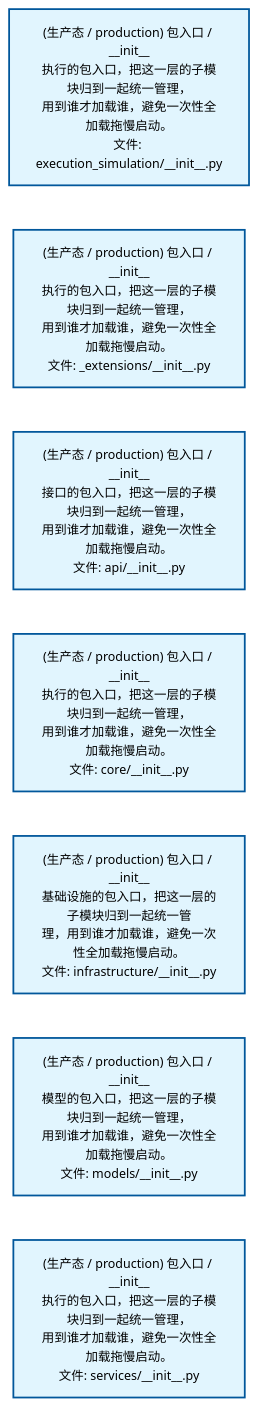
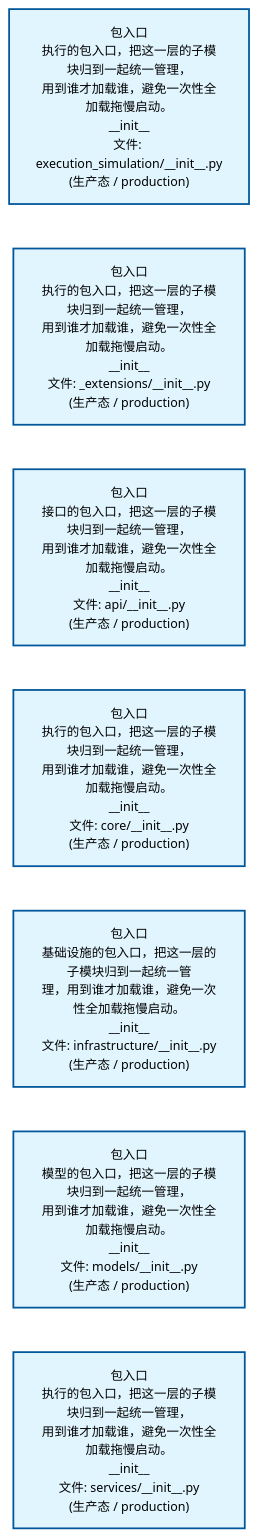
The first of 2 diagrams in docs/02_enterprise_architecture/02_domain_architecture_docs/43_d_exec_sim.md (xuanFelixVan/ZephyrAlpha), drawn with Mermaid before and after one commit. The commit also changed other lines of this file and 62 other files, not shown here.

````diff
--- a/docs/02_enterprise_architecture/02_domain_architecture_docs/43_d_exec_sim.md
+++ b/docs/02_enterprise_architecture/02_domain_architecture_docs/43_d_exec_sim.md
@@ -53,22 +53,22 @@
 ```mermaid
 %%{init: {'theme': 'base', 'themeVariables': {'primaryColor': '#eaeaea', 'primaryTextColor': '#333333', 'primaryBorderColor': '#666666', 'lineColor': '#666666', 'secondaryColor': '#eaeaea', 'tertiaryColor': '#eaeaea', 'fontSize': '14px'}}}%%
 flowchart TD
-    src_zephyr_execution_simulation_init_py["(生产态 / production) 包入口 / __init__<br/>执行的包入口，把这一层的子模块归到一起统一管理，<br/>用到谁才加载谁，避免一次性全加载拖慢启动。<br/>文件: execution_simulation/__init__.py"]
-    src_zephyr_execution_simulation_extensions_init_py["(生产态 / production) 包入口 / __init__<br/>执行的包入口，把这一层的子模块归到一起统一管理，<br/>用到谁才加载谁，避免一次性全加载拖慢启动。<br/>文件: _extensions/__init__.py"]
-    src_zephyr_execution_simulation_api_init_py["(生产态 / production) 包入口 / __init__<br/>接口的包入口，把这一层的子模块归到一起统一管理，<br/>用到谁才加载谁，避免一次性全加载拖慢启动。<br/>文件: api/__init__.py"]
-    src_zephyr_execution_simulation_core_init_py["(生产态 / production) 包入口 / __init__<br/>执行的包入口，把这一层的子模块归到一起统一管理，<br/>用到谁才加载谁，避免一次性全加载拖慢启动。<br/>文件: core/__init__.py"]
-    src_zephyr_execution_simulation_infrastructure_init_py["(生产态 / production) 包入口 / __init__<br/>基础设施的包入口，把这一层的子模块归到一起统一管<br/>理，用到谁才加载谁，避免一次性全加载拖慢启动。<br/>文件: infrastructure/__init__.py"]
-    src_zephyr_execution_simulation_models_init_py["(生产态 / production) 包入口 / __init__<br/>模型的包入口，把这一层的子模块归到一起统一管理，<br/>用到谁才加载谁，避免一次性全加载拖慢启动。<br/>文件: models/__init__.py"]
-    src_zephyr_execution_simulation_services_init_py["(生产态 / production) 包入口 / __init__<br/>执行的包入口，把这一层的子模块归到一起统一管理，<br/>用到谁才加载谁，避免一次性全加载拖慢启动。<br/>文件: services/__init__.py"]
+    src_zephyr_execution_simulation_init_py["包入口<br/>执行的包入口，把这一层的子模块归到一起统一管理，<br/>用到谁才加载谁，避免一次性全加载拖慢启动。<br/>__init__<br/>文件: execution_simulation/__init__.py<br/>(生产态 / production)"]
+    src_zephyr_execution_simulation_extensions_init_py["包入口<br/>执行的包入口，把这一层的子模块归到一起统一管理，<br/>用到谁才加载谁，避免一次性全加载拖慢启动。<br/>__init__<br/>文件: _extensions/__init__.py<br/>(生产态 / production)"]
+    src_zephyr_execution_simulation_api_init_py["包入口<br/>接口的包入口，把这一层的子模块归到一起统一管理，<br/>用到谁才加载谁，避免一次性全加载拖慢启动。<br/>__init__<br/>文件: api/__init__.py<br/>(生产态 / production)"]
+    src_zephyr_execution_simulation_core_init_py["包入口<br/>执行的包入口，把这一层的子模块归到一起统一管理，<br/>用到谁才加载谁，避免一次性全加载拖慢启动。<br/>__init__<br/>文件: core/__init__.py<br/>(生产态 / production)"]
+    src_zephyr_execution_simulation_infrastructure_init_py["包入口<br/>基础设施的包入口，把这一层的子模块归到一起统一管<br/>理，用到谁才加载谁，避免一次性全加载拖慢启动。<br/>__init__<br/>文件: infrastructure/__init__.py<br/>(生产态 / production)"]
+    src_zephyr_execution_simulation_models_init_py["包入口<br/>模型的包入口，把这一层的子模块归到一起统一管理，<br/>用到谁才加载谁，避免一次性全加载拖慢启动。<br/>__init__<br/>文件: models/__init__.py<br/>(生产态 / production)"]
+    src_zephyr_execution_simulation_services_init_py["包入口<br/>执行的包入口，把这一层的子模块归到一起统一管理，<br/>用到谁才加载谁，避免一次性全加载拖慢启动。<br/>__init__<br/>文件: services/__init__.py<br/>(生产态 / production)"]
     src_zephyr_execution_simulation_init_py ~~~ src_zephyr_execution_simulation_extensions_init_py
     src_zephyr_execution_simulation_extensions_init_py ~~~ src_zephyr_execution_simulation_api_init_py
     src_zephyr_execution_simulation_api_init_py ~~~ src_zephyr_execution_simulation_core_init_py
     src_zephyr_execution_simulation_core_init_py ~~~ src_zephyr_execution_simulation_infrastructure_init_py
     src_zephyr_execution_simulation_infrastructure_init_py ~~~ src_zephyr_execution_simulation_models_init_py
     src_zephyr_execution_simulation_models_init_py ~~~ src_zephyr_execution_simulation_services_init_py
     classDef production fill:#e1f5fe,stroke:#01579b,stroke-width:2px,color:#000
     classDef design fill:#fff3e0,stroke:#e65100,stroke-width:2px,color:#000,stroke-dasharray: 5 5
     classDef external_prod fill:#e8f4fd,stroke:#0277bd,stroke-width:1px,color:#000
     classDef external_design fill:#fff8e7,stroke:#ef6c00,stroke-width:1px,color:#000,stroke-dasharray: 5 5
     class src_zephyr_execution_simulation_init_py,src_zephyr_execution_simulation_extensions_init_py,src_zephyr_execution_simulation_api_init_py,src_zephyr_execution_simulation_core_init_py,src_zephyr_execution_simulation_infrastructure_init_py,src_zephyr_execution_simulation_models_init_py,src_zephyr_execution_simulation_services_init_py production
 ```
````
